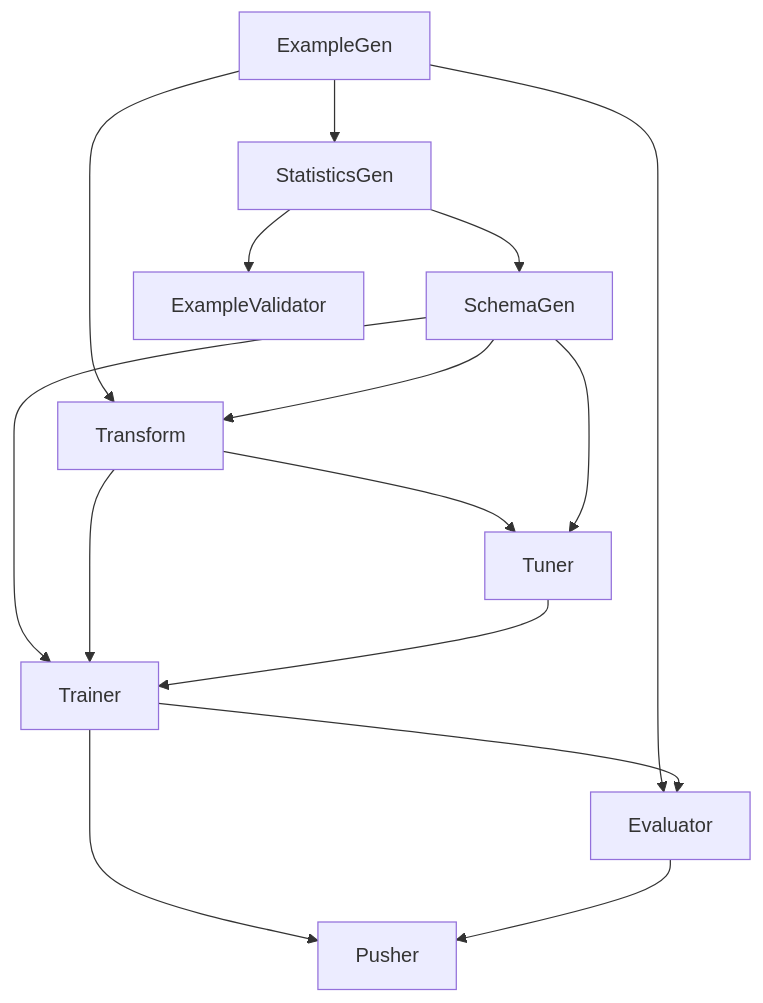
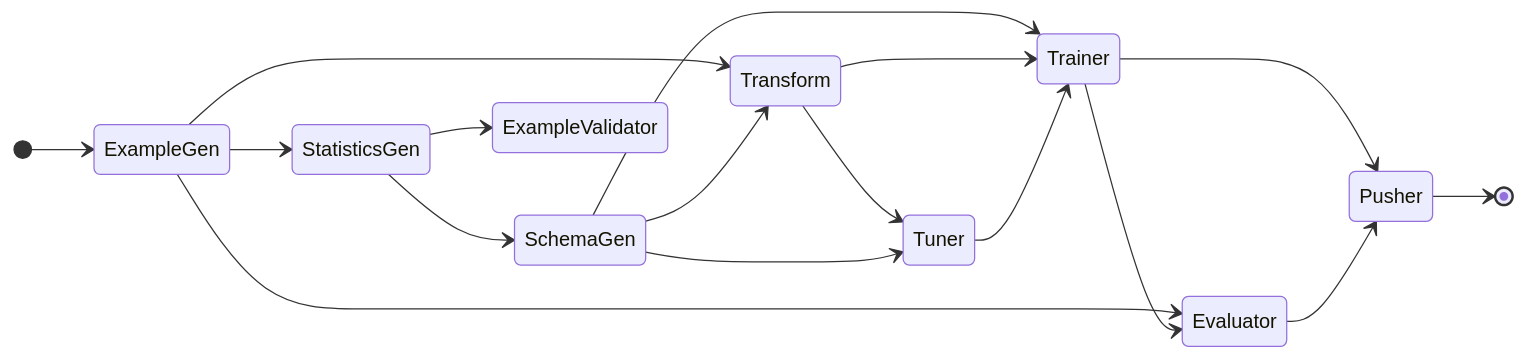
One commit to JanetVictorious/tfx-pipeline changed the diagram in README.md. Above: the diagram before and after it, drawn with Mermaid.

Commit message:
Test mermaid

````diff
--- a/README.md
+++ b/README.md
@@ -128,17 +128,20 @@
 ```mermaid
-flowchart TD
-    A[ExampleGen] --> B[StatisticsGen];
-    B --> C[SchemaGen];
-    B --> D[ExampleValidator];
-    A --> E[Transform];
-    C --> E[Transform];
-    E --> F[Tuner];
-    C --> F[Tuner];
-    C --> G[Trainer];
-    E --> G[Trainer];
-    F --> G[Trainer];
-    A --> H[Evaluator];
-    G --> H[Evaluator];
-    G --> I[Pusher];
-    H --> I[Pusher];
+stateDiagram
+    direction LR
+    [*] --> ExampleGen
+    ExampleGen --> StatisticsGen
+    StatisticsGen --> SchemaGen
+    StatisticsGen --> ExampleValidator
+    ExampleGen --> Transform
+    SchemaGen --> Transform
+    Transform --> Tuner
+    SchemaGen --> Tuner
+    SchemaGen --> Trainer
+    Transform --> Trainer
+    Tuner --> Trainer
+    ExampleGen --> Evaluator
+    Trainer --> Evaluator
+    Trainer --> Pusher
+    Evaluator --> Pusher
+    Pusher --> [*]
 ```
````
